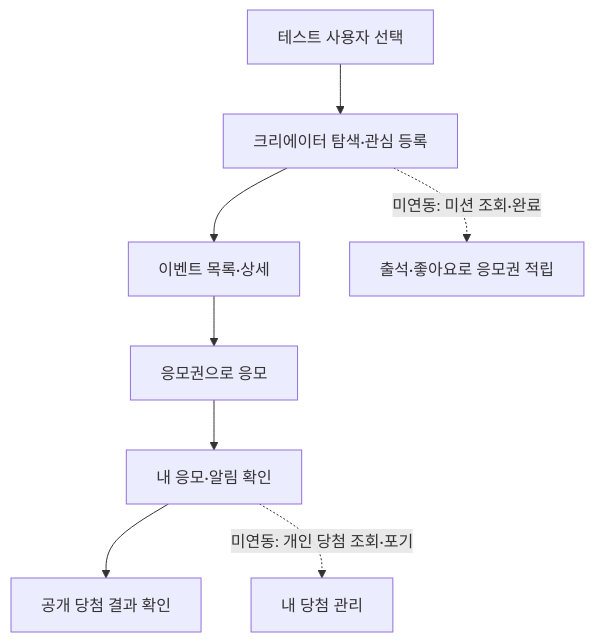
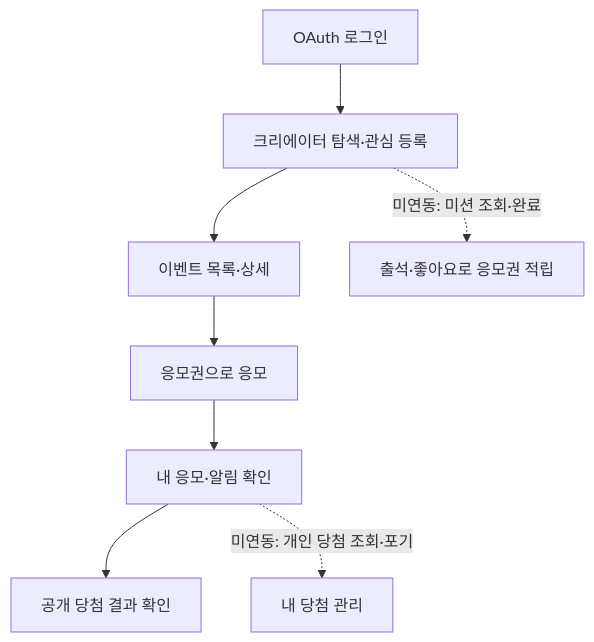
One commit to URECA-Cking/Cking-FE changed the first of 2 diagrams in docs/api-coverage.md. Above: the diagram before and after it, drawn with Mermaid. The commit also changed other lines of this file and 41 other files, not shown here.

Commit message:
feat: 데모 사용자 선택을 OAuth 로그인·Access JWT 인증으로 전환

````diff
--- a/docs/api-coverage.md
+++ b/docs/api-coverage.md
@@ -80,10 +80,10 @@
 ```mermaid
 flowchart TD
-  A[테스트 사용자 선택] --> B[크리에이터 탐색·관심 등록]
+  A[OAuth 로그인] --> B[크리에이터 탐색·관심 등록]
   B --> C[이벤트 목록·상세]
   C --> D[응모권으로 응모]
   D --> E[내 응모·알림 확인]
   E --> F[공개 당첨 결과 확인]
   B -. 미연동: 미션 조회·완료 .-> G[출석·좋아요로 응모권 적립]
   E -. 미연동: 개인 당첨 조회·포기 .-> H[내 당첨 관리]
 ```
````
